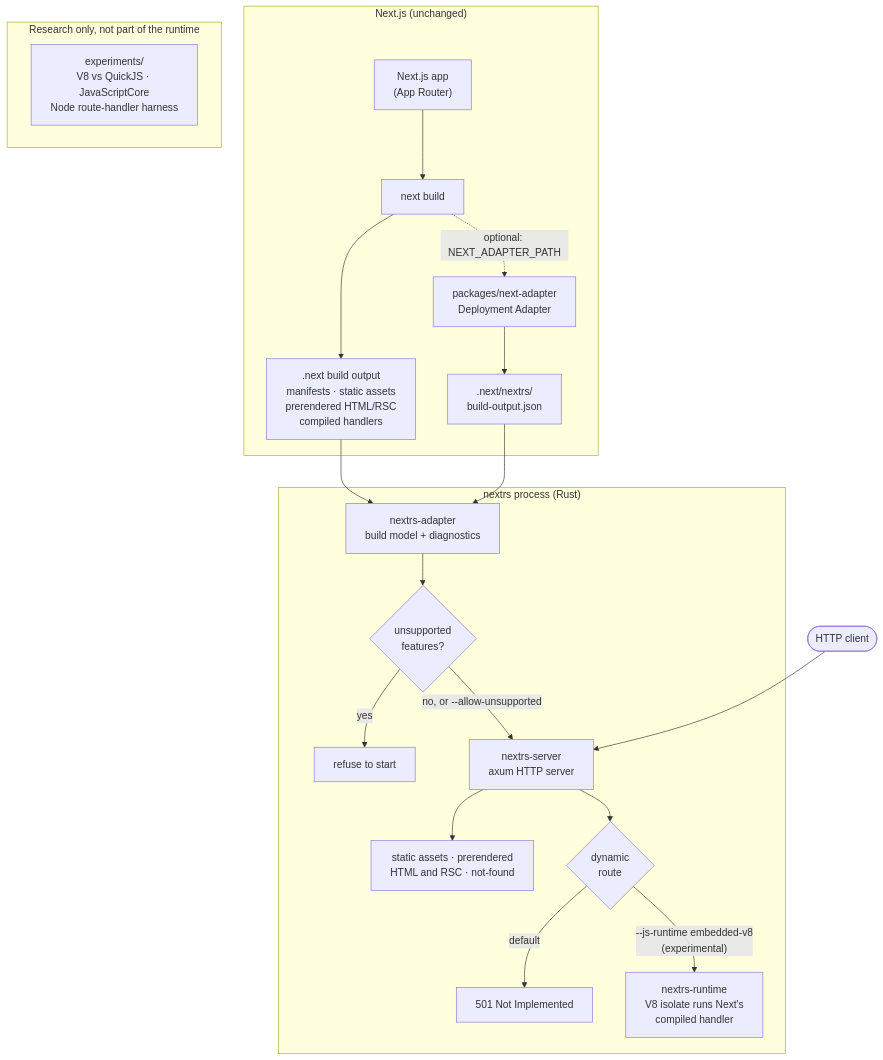
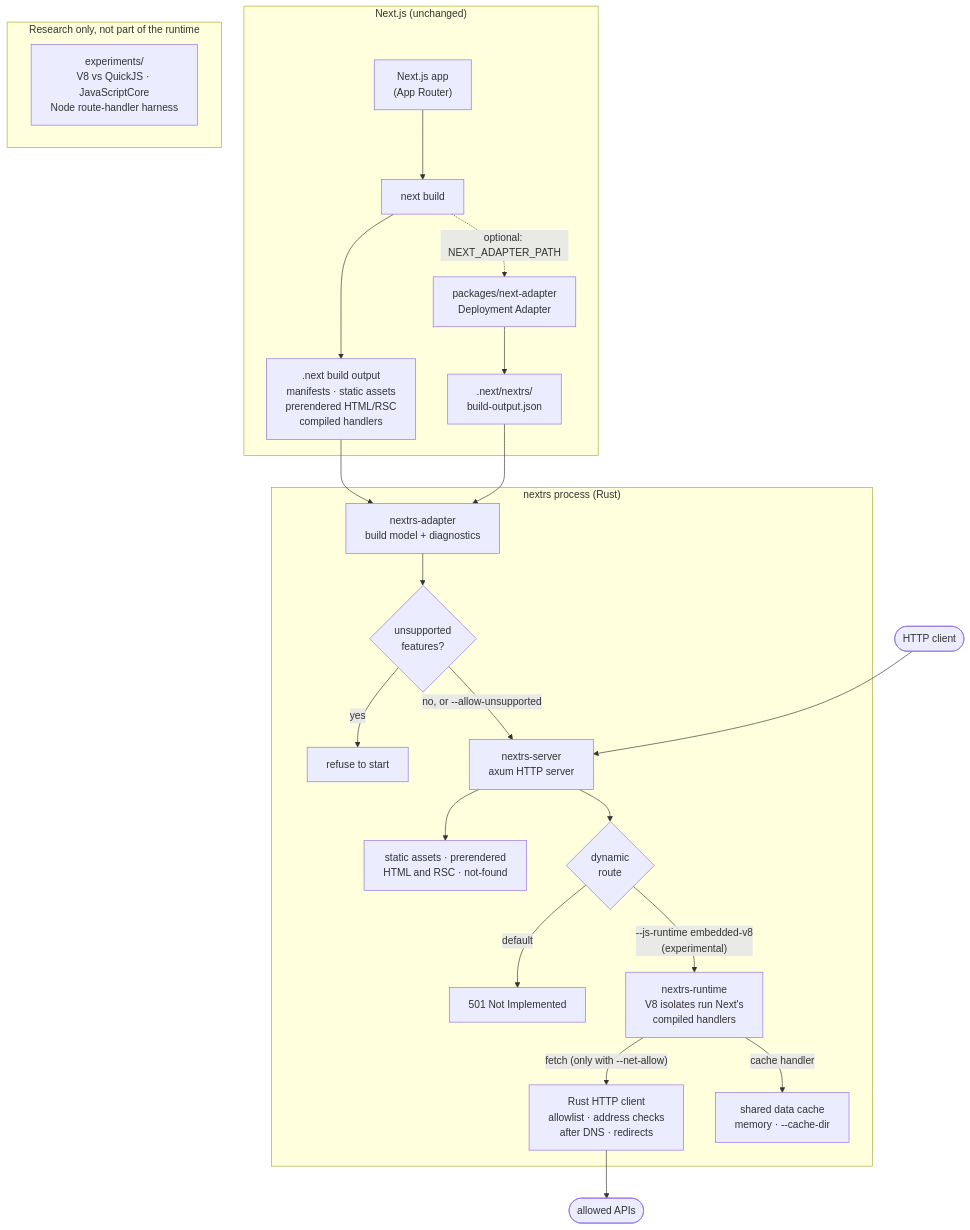
The diagram in README.md (nextrs-sh/nextrs), drawn with Mermaid before and after one commit. The commit also changed other lines of this file, not shown here.

````diff
--- a/README.md
+++ b/README.md
@@ -184,27 +199,30 @@
 ```mermaid
 flowchart TB
     subgraph next["Next.js (unchanged)"]
         app["Next.js app<br/>(App Router)"] --> build["next build"]
         build --> out[".next build output<br/>manifests · static assets<br/>prerendered HTML/RSC<br/>compiled handlers"]
         build -.->|"optional: NEXT_ADAPTER_PATH"| da["packages/next-adapter<br/>Deployment Adapter"]
         da --> bo[".next/nextrs/<br/>build-output.json"]
     end
 
     subgraph rt["nextrs process (Rust)"]
         reader["nextrs-adapter<br/>build model + diagnostics"] --> gate{"unsupported<br/>features?"}
         gate -->|"yes"| refuse["refuse to start"]
         gate -->|"no, or --allow-unsupported"| server["nextrs-server<br/>axum HTTP server"]
         server --> pre["static assets · prerendered<br/>HTML and RSC · not-found"]
         server --> dyn{"dynamic<br/>route"}
         dyn -->|"default"| r501["501 Not Implemented"]
-        dyn -->|"--js-runtime embedded-v8<br/>(experimental)"| v8["nextrs-runtime<br/>V8 isolate runs Next's<br/>compiled handler"]
+        dyn -->|"--js-runtime embedded-v8<br/>(experimental)"| v8["nextrs-runtime<br/>V8 isolates run Next's<br/>compiled handlers"]
+        v8 -->|"fetch (only with --net-allow)"| net["Rust HTTP client<br/>allowlist · address checks<br/>after DNS · redirects"]
+        v8 -->|"cache handler"| cache["shared data cache<br/>memory · --cache-dir"]
     end
+    net --> api(["allowed APIs"])
 
     out --> reader
     bo --> reader
     client(["HTTP client"]) --> server
 
     subgraph research["Research only, not part of the runtime"]
         exp["experiments/<br/>V8 vs QuickJS · JavaScriptCore<br/>Node route-handler harness"]
     end
 ```
````
